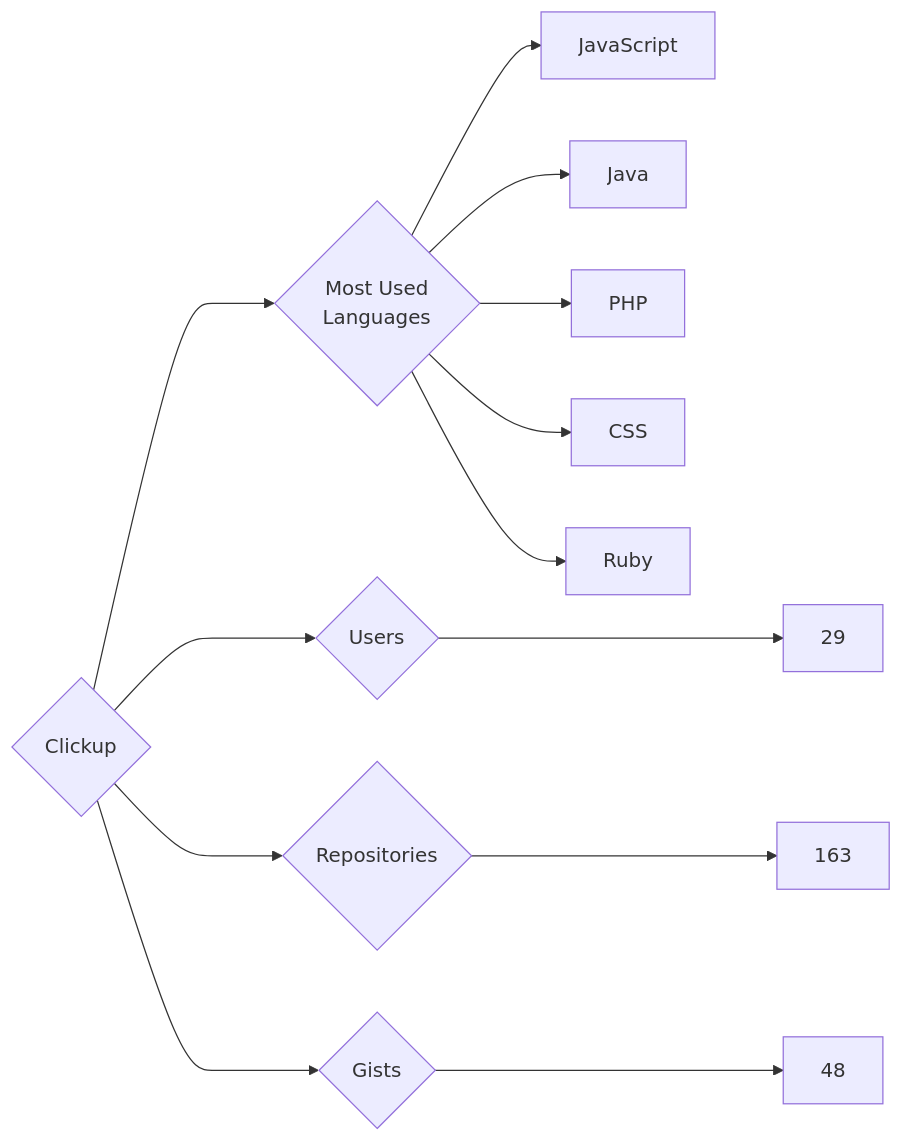
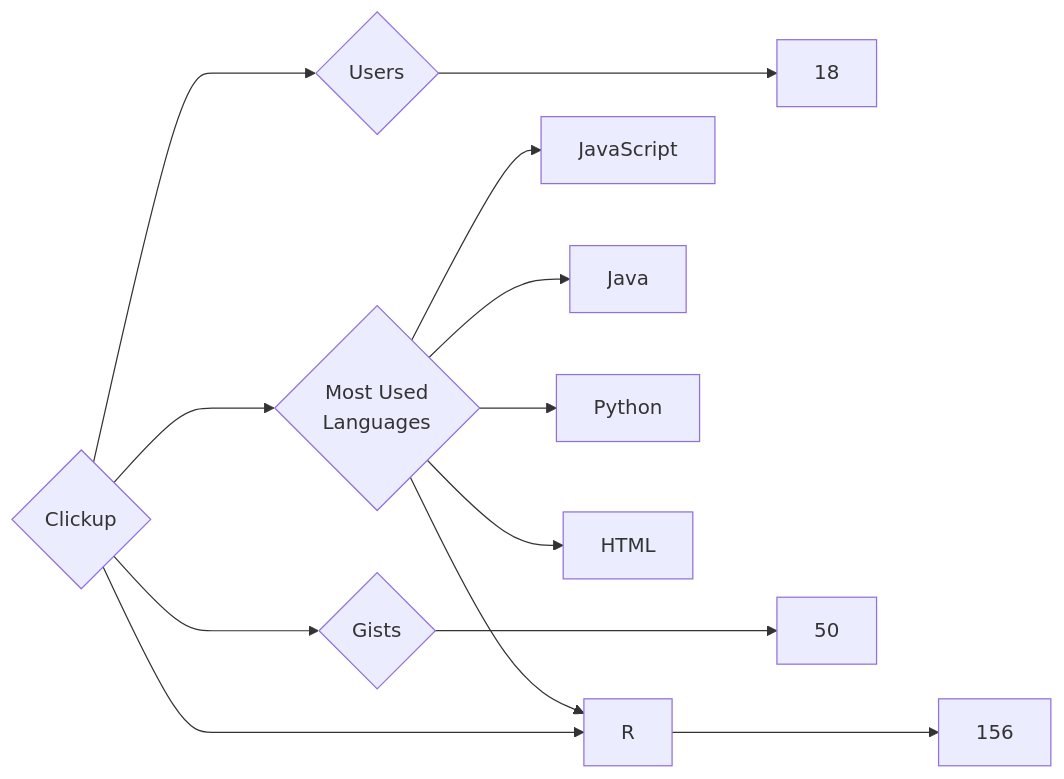
Before and after one commit to trickest/insiders: the diagram in targets/Clickup/README.md, drawn with Mermaid. The commit also changed 736 other files, not shown here.

````diff
--- a/targets/Clickup/README.md
+++ b/targets/Clickup/README.md
@@ -3,13 +3,13 @@
 ```mermaid
 graph LR
 COMPANY_NAME{Clickup}
-COMPANY_NAME ---> U{Users} ---> UN[29]
-COMPANY_NAME ---> R{Repositories} ---> RN[163]
-COMPANY_NAME ---> G{Gists} ---> GN[48]
+COMPANY_NAME ---> U{Users} ---> UN[18]
+COMPANY_NAME ---> R{Repositories} ---> RN[156]
+COMPANY_NAME ---> G{Gists} ---> GN[50]
 COMPANY_NAME ---> ML{Most Used<br>Languages}
 ML --> JavaScript[JavaScript]
+ML --> R[R]
 ML --> Java[Java]
-ML --> PHP[PHP]
-ML --> CSS[CSS]
-ML --> Ruby[Ruby]
+ML --> Python[Python]
+ML --> HTML[HTML]
 ```
````
